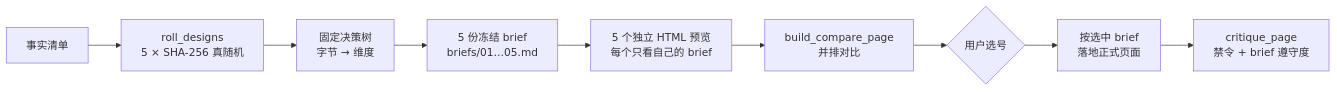
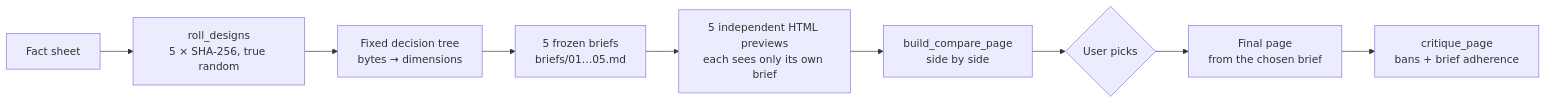
Before and after one commit to qybaihe/hash-design: the diagram in README.md, drawn with Mermaid. The commit also changed other lines of this file and 6 other files, not shown here.

````diff
--- a/README.md
+++ b/README.md
@@ -32,11 +77,11 @@
 ```mermaid
 flowchart LR
-  A[事实清单] --> B[roll_designs<br/>5 × SHA-256 真随机]
-  B --> C[固定决策树<br/>字节 → 维度]
-  C --> D[5 份冻结 brief<br/>briefs/01…05.md]
-  D --> E[5 个独立 HTML 预览<br/>每个只看自己的 brief]
-  E --> F[build_compare_page<br/>并排对比]
-  F --> G{用户选号}
-  G --> H[按选中 brief<br/>落地正式页面]
-  H --> I[critique_page<br/>禁令 + brief 遵守度]
+  A[Fact sheet] --> B[roll_designs<br/>5 × SHA-256, true random]
+  B --> C[Fixed decision tree<br/>bytes → dimensions]
+  C --> D[5 frozen briefs<br/>briefs/01…05.md]
+  D --> E[5 independent HTML previews<br/>each sees only its own brief]
+  E --> F[build_compare_page<br/>side by side]
+  F --> G{User picks}
+  G --> H[Final page<br/>from the chosen brief]
+  H --> I[critique_page<br/>bans + brief adherence]
 ```
````
